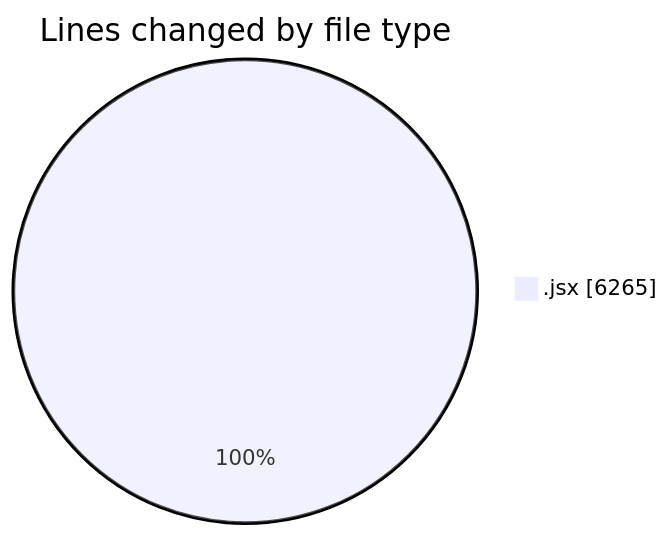
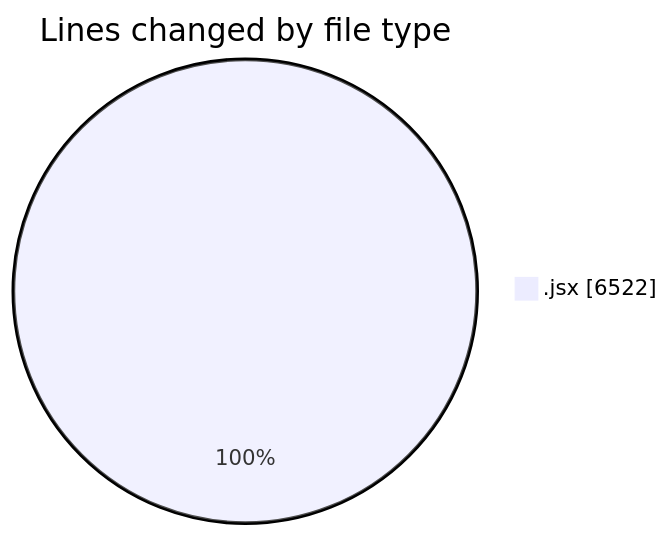
One commit to nxtqubesakshisongat/code-tracking changed the first of 2 diagrams in 2025-05-14/argos-dev/README.md. Above: the diagram before and after it, drawn with Mermaid. The commit also changed other lines of this file and 1 other file, not shown here.

````diff
--- a/2025-05-14/argos-dev/README.md
+++ b/2025-05-14/argos-dev/README.md
@@ -27,5 +28,5 @@
 ```mermaid
 pie showData
 title Lines changed by file type
-".jsx" : 6265
+".jsx" : 6522
 ```
````
